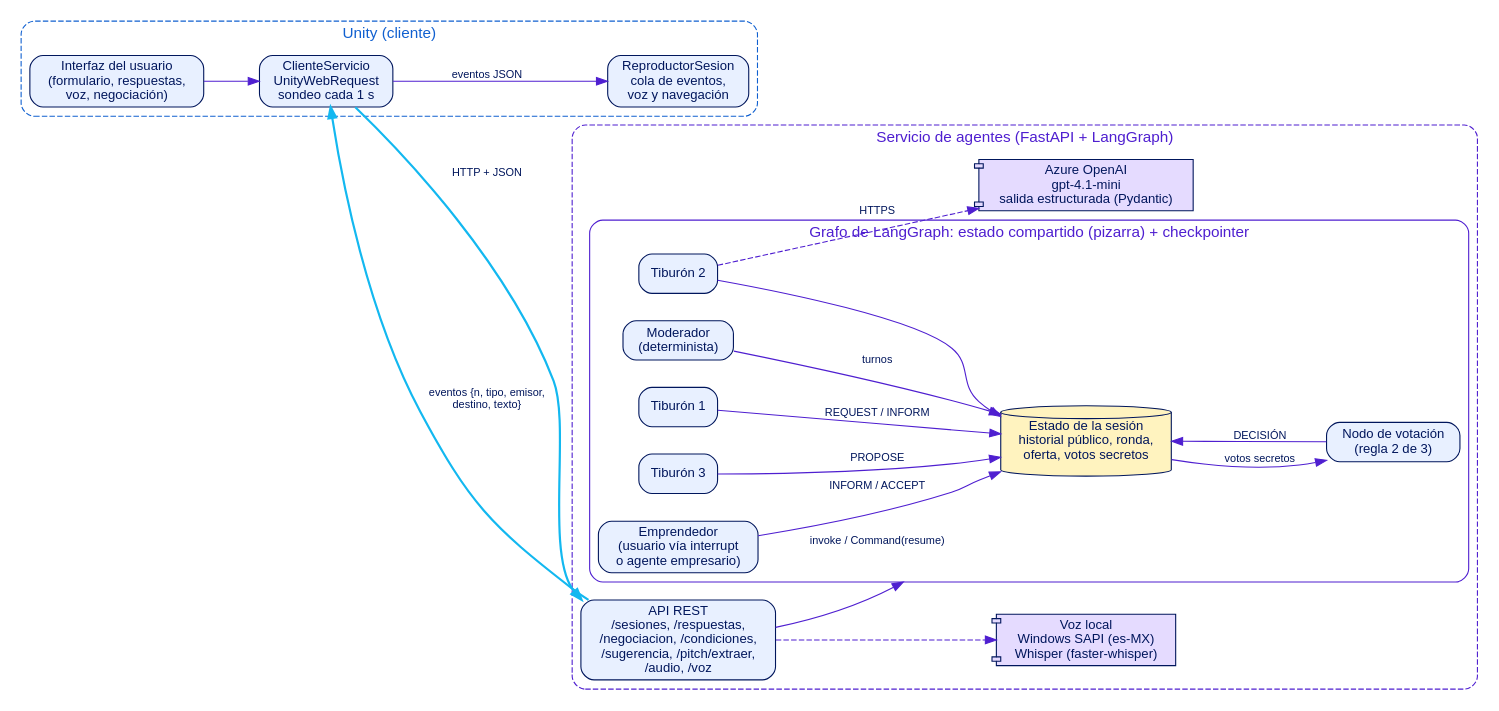
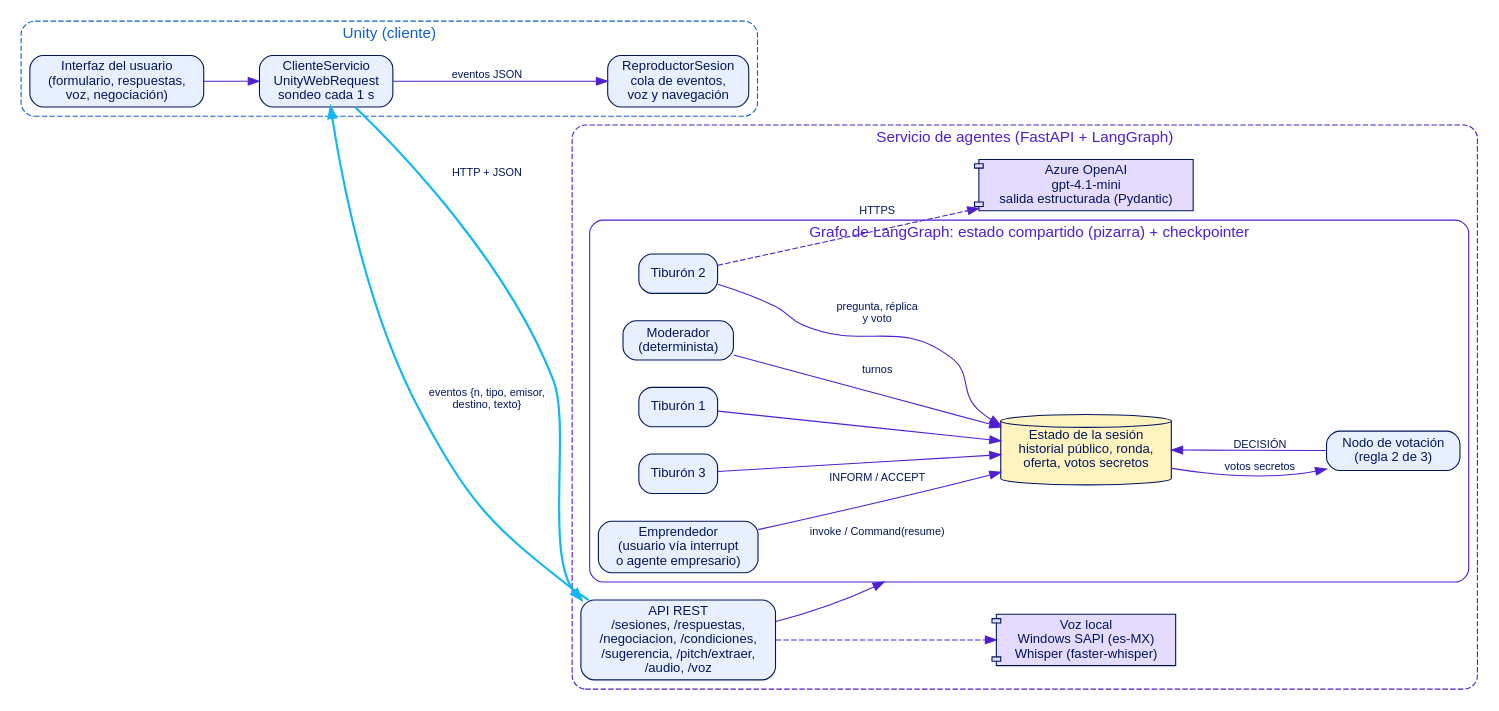
One commit to albertolopezb/NeuralHub changed the diagram in docs/figuras/f11_arquitectura_comunicacion.dot. Above: the diagram before and after it, drawn with Graphviz. The commit also changed 26 other files, not shown here.

Commit message:
Correcciones de la revisión: diagramas, captura de tiburones, cifras y límites declarados

```diff
--- a/docs/figuras/f11_arquitectura_comunicacion.dot
+++ b/docs/figuras/f11_arquitectura_comunicacion.dot
@@ -1,16 +1,16 @@
 digraph G{ bgcolor=white; fontname="Helvetica"; node[fontname="Helvetica",fontsize=12,color="#00165C",fontcolor="#00165C",style="rounded,filled",fillcolor="#E8F0FF",shape=box]; edge[fontname="Helvetica",fontsize=10,color="#4F1FD0",fontcolor="#00165C"]; rankdir=LR; nodesep=.35; ranksep=.7; compound=true;
 subgraph cluster_u{label="Unity (cliente)";fontcolor="#1060D0";color="#1060D0";style="rounded,dashed";
  UI[label="Interfaz del usuario\n(formulario, respuestas,\nvoz, negociación)"]; CS[label="ClienteServicio\nUnityWebRequest\nsondeo cada 1 s"]; RP[label="ReproductorSesion\ncola de eventos,\nvoz y navegación"]; UI->CS; CS->RP[label="eventos JSON"];}
 subgraph cluster_s{label="Servicio de agentes (FastAPI + LangGraph)";fontcolor="#4F1FD0";color="#4F1FD0";style="rounded,dashed";
  API[label="API REST\n/sesiones, /respuestas,\n/negociacion, /condiciones,\n/sugerencia, /pitch/extraer,\n/audio, /voz"];
  subgraph cluster_g{label="Grafo de LangGraph: estado compartido (pizarra) + checkpointer";fontcolor="#4F1FD0";color="#4F1FD0";style="rounded";
   ST[label="Estado de la sesión\nhistorial público, ronda,\noferta, votos secretos",shape=cylinder,fillcolor="#FFF3BF"];
   MOD[label="Moderador\n(determinista)"]; T1[label="Tiburón 1"]; T2[label="Tiburón 2"]; T3[label="Tiburón 3"]; VOT[label="Nodo de votación\n(regla 2 de 3)"]; EMP[label="Emprendedor\n(usuario vía interrupt\no agente empresario)"];
-  MOD->ST[label="turnos"]; T1->ST[label="REQUEST / INFORM"]; T2->ST; T3->ST[label="PROPOSE"]; ST->VOT[label="votos secretos"]; VOT->ST[label="DECISIÓN"]; EMP->ST[label="INFORM / ACCEPT"];
+  MOD->ST[label="turnos"]; T1->ST; T2->ST[label="pregunta, réplica\ny voto"]; T3->ST; ST->VOT[label="votos secretos"]; VOT->ST[label="DECISIÓN"]; EMP->ST[label="INFORM / ACCEPT"];
  }
  LLM[label="Azure OpenAI\ngpt-4.1-mini\nsalida estructurada (Pydantic)",shape=component,fillcolor="#E5DBFF"];
  VOZ[label="Voz local\nWindows SAPI (es-MX)\nWhisper (faster-whisper)",shape=component,fillcolor="#E5DBFF"];
  API->ST[label="invoke / Command(resume)",lhead=cluster_g]; T2->LLM[label="HTTPS",style=dashed]; API->VOZ[style=dashed];
 }
 CS->API[label="HTTP + JSON",color="#13B8F0",penwidth=2]; API->CS[label="eventos {n, tipo, emisor,\ndestino, texto}",color="#13B8F0",penwidth=2];
 }
```
